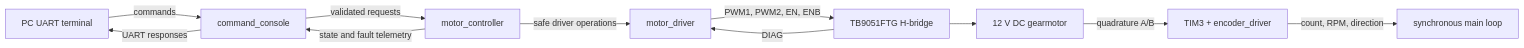
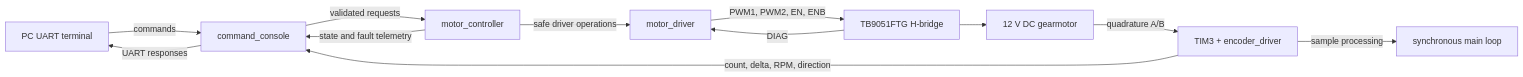
The diagram in docs/architecture.md (gelassal/Fault-Tolerant-STM32-Motor-Controller), drawn with Mermaid before and after one commit. The commit also changed other lines of this file and 8 other files, not shown here.

````diff
--- a/docs/architecture.md
+++ b/docs/architecture.md
@@ -5,13 +5,14 @@
 ```mermaid
 flowchart LR
     Host["PC UART terminal"] -->|"commands"| Console["command_console"]
     Console -->|"validated requests"| Controller["motor_controller"]
     Controller -->|"safe driver operations"| Driver["motor_driver"]
     Driver -->|"PWM1, PWM2, EN, ENB"| Bridge["TB9051FTG H-bridge"]
     Bridge --> Motor["12 V DC gearmotor"]
     Bridge -->|"DIAG"| Driver
     Motor -->|"quadrature A/B"| Encoder["TIM3 + encoder_driver"]
-    Encoder -->|"count, RPM, direction"| Main["synchronous main loop"]
+    Encoder -->|"sample processing"| Main["synchronous main loop"]
+    Encoder -->|"count, delta, RPM, direction"| Console
     Controller -->|"state and fault telemetry"| Console
     Console -->|"UART responses"| Host
 ```
````
